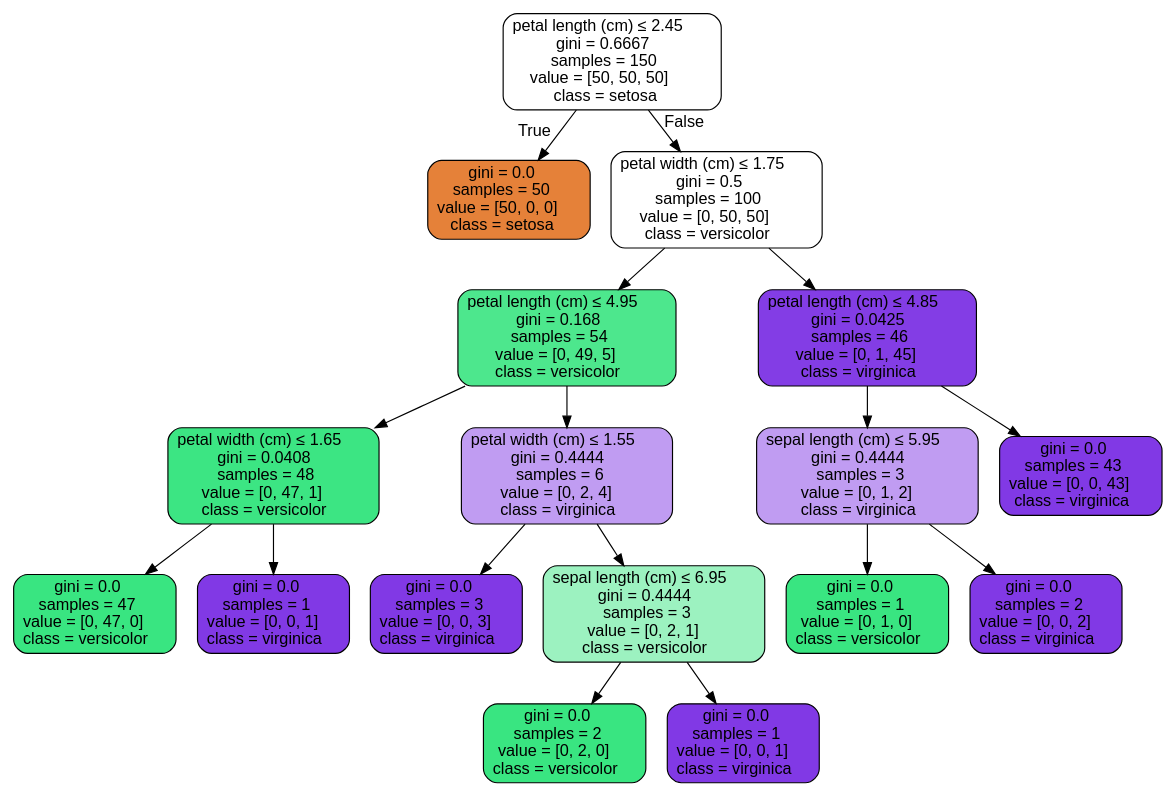
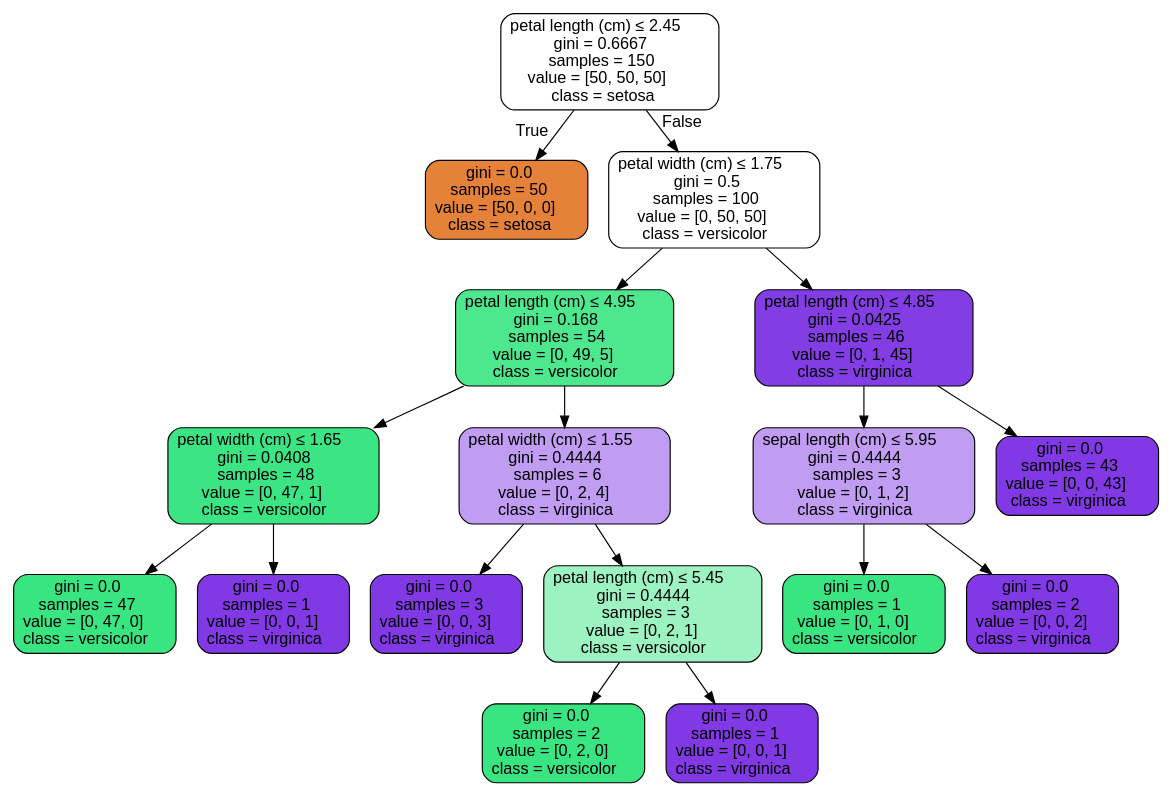
Before and after one commit to BetterSora/Python: the diagram in scikit-learn决策树算法类库使用小结/iris.dot, drawn with Graphviz. The commit also changed 7 other files, not shown here.

```diff
--- a/scikit-learn决策树算法类库使用小结/iris.dot
+++ b/scikit-learn决策树算法类库使用小结/iris.dot
@@ -1,37 +1,37 @@
 digraph Tree {
 node [shape=box, style="filled, rounded", color="black", fontname=helvetica] ;
 edge [fontname=helvetica] ;
 0 [label=<petal length (cm) &le; 2.45<br/>gini = 0.6667<br/>samples = 150<br/>value = [50, 50, 50]<br/>class = setosa>, fillcolor="#e5813900"] ;
 1 [label=<gini = 0.0<br/>samples = 50<br/>value = [50, 0, 0]<br/>class = setosa>, fillcolor="#e58139ff"] ;
 0 -> 1 [labeldistance=2.5, labelangle=45, headlabel="True"] ;
 2 [label=<petal width (cm) &le; 1.75<br/>gini = 0.5<br/>samples = 100<br/>value = [0, 50, 50]<br/>class = versicolor>, fillcolor="#39e58100"] ;
 0 -> 2 [labeldistance=2.5, labelangle=-45, headlabel="False"] ;
 3 [label=<petal length (cm) &le; 4.95<br/>gini = 0.168<br/>samples = 54<br/>value = [0, 49, 5]<br/>class = versicolor>, fillcolor="#39e581e5"] ;
 2 -> 3 ;
 4 [label=<petal width (cm) &le; 1.65<br/>gini = 0.0408<br/>samples = 48<br/>value = [0, 47, 1]<br/>class = versicolor>, fillcolor="#39e581fa"] ;
 3 -> 4 ;
 5 [label=<gini = 0.0<br/>samples = 47<br/>value = [0, 47, 0]<br/>class = versicolor>, fillcolor="#39e581ff"] ;
 4 -> 5 ;
 6 [label=<gini = 0.0<br/>samples = 1<br/>value = [0, 0, 1]<br/>class = virginica>, fillcolor="#8139e5ff"] ;
 4 -> 6 ;
 7 [label=<petal width (cm) &le; 1.55<br/>gini = 0.4444<br/>samples = 6<br/>value = [0, 2, 4]<br/>class = virginica>, fillcolor="#8139e57f"] ;
 3 -> 7 ;
 8 [label=<gini = 0.0<br/>samples = 3<br/>value = [0, 0, 3]<br/>class = virginica>, fillcolor="#8139e5ff"] ;
 7 -> 8 ;
-9 [label=<sepal length (cm) &le; 6.95<br/>gini = 0.4444<br/>samples = 3<br/>value = [0, 2, 1]<br/>class = versicolor>, fillcolor="#39e5817f"] ;
+9 [label=<petal length (cm) &le; 5.45<br/>gini = 0.4444<br/>samples = 3<br/>value = [0, 2, 1]<br/>class = versicolor>, fillcolor="#39e5817f"] ;
 7 -> 9 ;
 10 [label=<gini = 0.0<br/>samples = 2<br/>value = [0, 2, 0]<br/>class = versicolor>, fillcolor="#39e581ff"] ;
 9 -> 10 ;
 11 [label=<gini = 0.0<br/>samples = 1<br/>value = [0, 0, 1]<br/>class = virginica>, fillcolor="#8139e5ff"] ;
 9 -> 11 ;
 12 [label=<petal length (cm) &le; 4.85<br/>gini = 0.0425<br/>samples = 46<br/>value = [0, 1, 45]<br/>class = virginica>, fillcolor="#8139e5f9"] ;
 2 -> 12 ;
 13 [label=<sepal length (cm) &le; 5.95<br/>gini = 0.4444<br/>samples = 3<br/>value = [0, 1, 2]<br/>class = virginica>, fillcolor="#8139e57f"] ;
 12 -> 13 ;
 14 [label=<gini = 0.0<br/>samples = 1<br/>value = [0, 1, 0]<br/>class = versicolor>, fillcolor="#39e581ff"] ;
 13 -> 14 ;
 15 [label=<gini = 0.0<br/>samples = 2<br/>value = [0, 0, 2]<br/>class = virginica>, fillcolor="#8139e5ff"] ;
 13 -> 15 ;
 16 [label=<gini = 0.0<br/>samples = 43<br/>value = [0, 0, 43]<br/>class = virginica>, fillcolor="#8139e5ff"] ;
 12 -> 16 ;
 }
```
